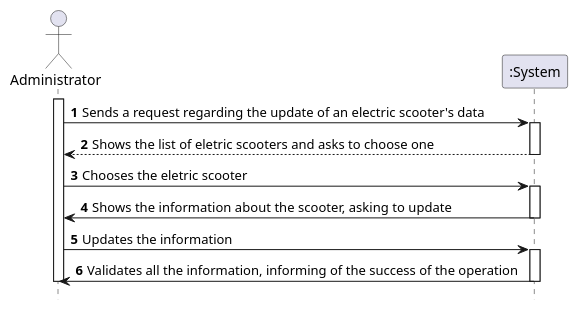
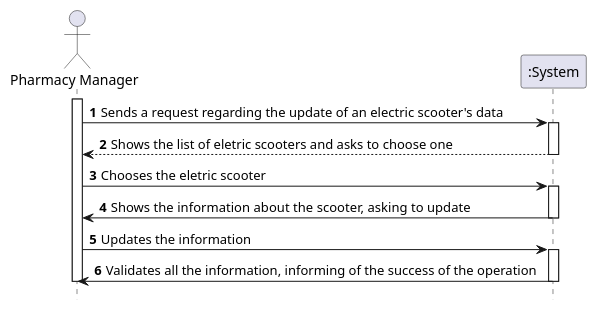
One commit to tiagoavcosta25/LAPR3 changed the diagram in docs/Iteration 1/Scooter Management/US32_UpdateScooter/US32_SSD.puml. Above: the diagram before and after it, drawn with PlantUML. The commit also changed 4 other files, not shown here.

```diff
--- a/docs/Iteration 1/Scooter Management/US32_UpdateScooter/US32_SSD.puml
+++ b/docs/Iteration 1/Scooter Management/US32_UpdateScooter/US32_SSD.puml
@@ -1,27 +1,27 @@
 @startuml
 autonumber
 hide footbox
 
-actor "Administrator" as ADMIN
+actor "Pharmacy Manager" as PHARMAN
 
 participant ":System" as SYST
 
-activate ADMIN
+activate PHARMAN
 
-ADMIN -> SYST : Sends a request regarding the update of an electric scooter's data
+PHARMAN -> SYST : Sends a request regarding the update of an electric scooter's data
 activate SYST
-SYST --> ADMIN : Shows the list of eletric scooters and asks to choose one
+SYST --> PHARMAN : Shows the list of eletric scooters and asks to choose one
 deactivate SYST
-ADMIN -> SYST : Chooses the eletric scooter
+PHARMAN -> SYST : Chooses the eletric scooter
 activate SYST
-SYST -> ADMIN : Shows the information about the scooter, asking to update
+SYST -> PHARMAN : Shows the information about the scooter, asking to update
 deactivate SYST
 
-ADMIN -> SYST : Updates the information
+PHARMAN -> SYST : Updates the information
 activate SYST
-SYST -> ADMIN : Validates all the information, informing of the success of the operation
+SYST -> PHARMAN : Validates all the information, informing of the success of the operation
 deactivate SYST
 
-deactivate ADMIN
+deactivate PHARMAN
 
 @enduml
```
